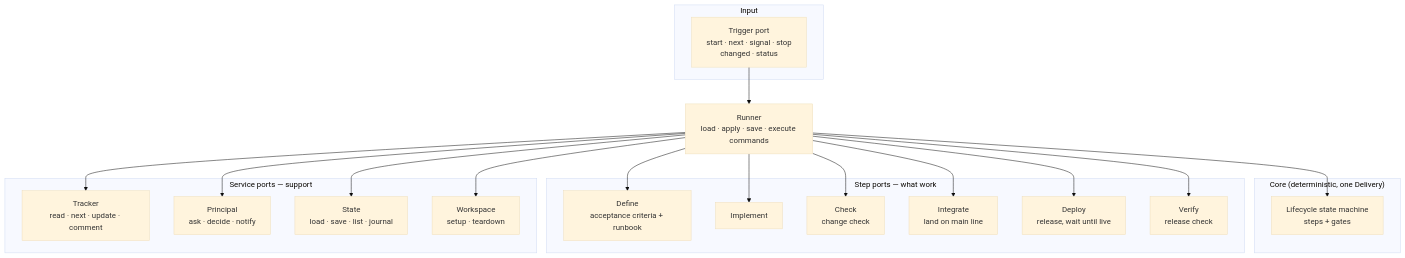
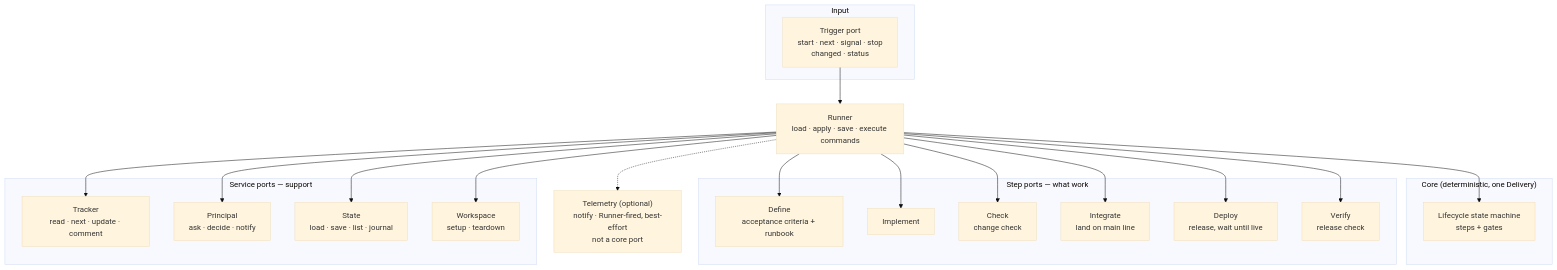
Before and after one commit to pehota/harlo: the second of 4 diagrams in ship/docs/architecture.md, drawn with Mermaid (base theme). The commit also changed other lines of this file and 10 other files, not shown here.

First line of the commit message:
docs(ship): sync architecture docs and diagrams with the implementation

````diff
--- a/ship/docs/architecture.md
+++ b/ship/docs/architecture.md
@@ -52,33 +54,36 @@
 ```mermaid
 flowchart TB
   subgraph IN["Input"]
     T["Trigger port<br/>start · next · signal · stop<br/>changed · status"]
   end
 
   subgraph CORE["Core (deterministic, one Delivery)"]
     L["Lifecycle state machine<br/>steps + gates"]
   end
 
   R["Runner<br/>load · apply · save · execute commands"]
 
   subgraph STEP["Step ports — what work"]
     D["Define<br/>acceptance criteria + runbook"]
     I["Implement"]
     C["Check<br/>change check"]
     G["Integrate<br/>land on main line"]
     P["Deploy<br/>release, wait until live"]
     V["Verify<br/>release check"]
   end
 
   subgraph SVC["Service ports — support"]
     TR["Tracker<br/>read · next · update · comment"]
     PR["Principal<br/>ask · decide · notify"]
     S["State<br/>load · save · list · journal"]
     W["Workspace<br/>setup · teardown"]
   end
 
+  TE["Telemetry (optional)<br/>notify · Runner-fired, best-effort<br/>not a core port"]
+
   T --> R
   R --> L
   R --> D & I & C & G & P & V
   R --> TR & PR & S & W
+  R -.-> TE
 ```
````
